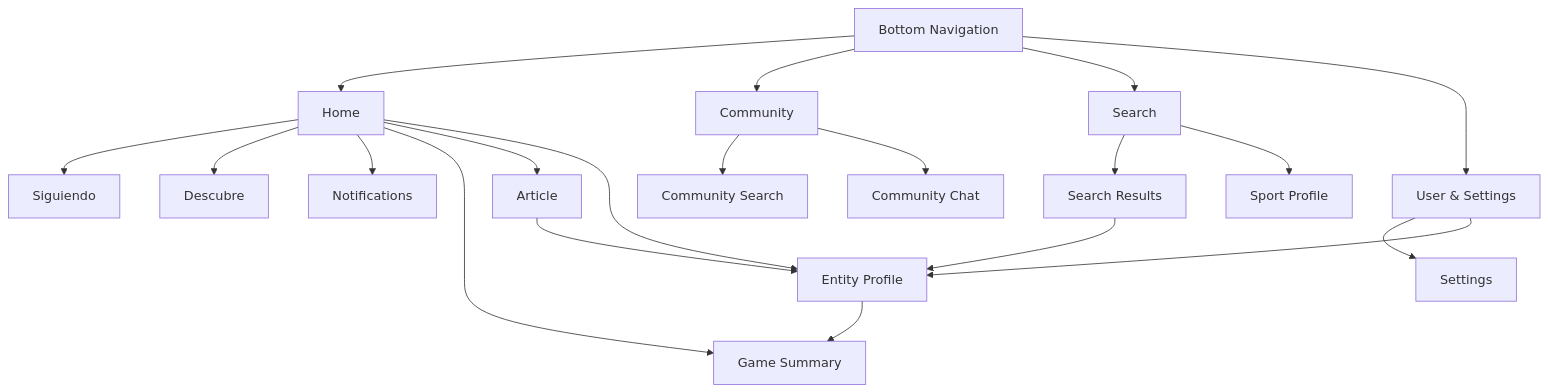
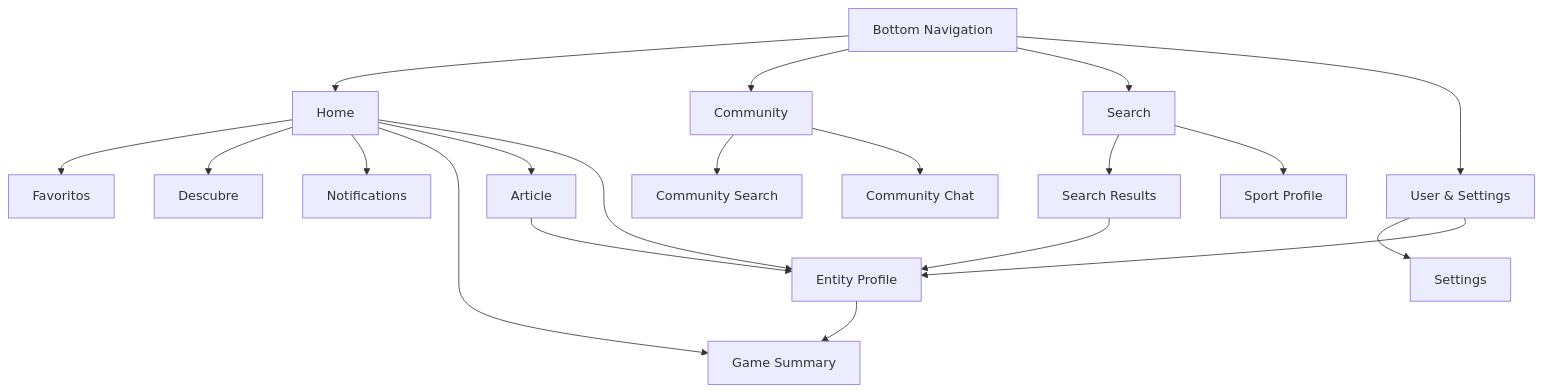
The diagram in documentation/product/navigation_structure.md (ernestosoto3/TDA), drawn with Mermaid before and after one commit. The commit also changed other lines of this file and 5 other files, not shown here.

````diff
--- a/documentation/product/navigation_structure.md
+++ b/documentation/product/navigation_structure.md
@@ -12,29 +12,29 @@
 ```mermaid
 flowchart TD
     Navigation["Bottom Navigation"]
 
     Navigation --> Home["Home"]
     Navigation --> Community["Community"]
     Navigation --> Search["Search"]
     Navigation --> UserSettings["User & Settings"]
 
-    Home --> Following["Siguiendo"]
+    Home --> Following["Favoritos"]
     Home --> Discover["Descubre"]
     Home --> Notifications["Notifications"]
     Home --> GameSummary["Game Summary"]
     Home --> Article["Article"]
     Home --> EntityProfile["Entity Profile"]
 
     Community --> CommunitySearch["Community Search"]
     Community --> CommunityChat["Community Chat"]
 
     Search --> SearchResults["Search Results"]
     SearchResults --> EntityProfile
     Search --> SportProfile["Sport Profile"]
 
     UserSettings --> Settings["Settings"]
     UserSettings --> EntityProfile
 
     Article --> EntityProfile
     EntityProfile --> GameSummary
 ```
````
